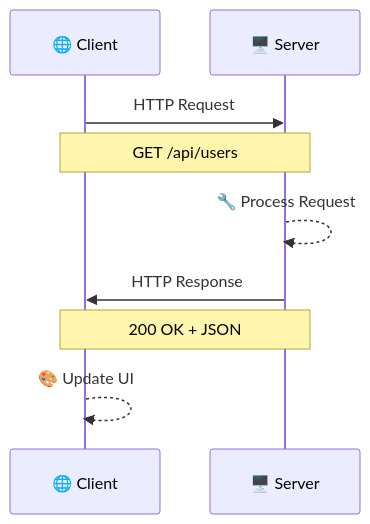
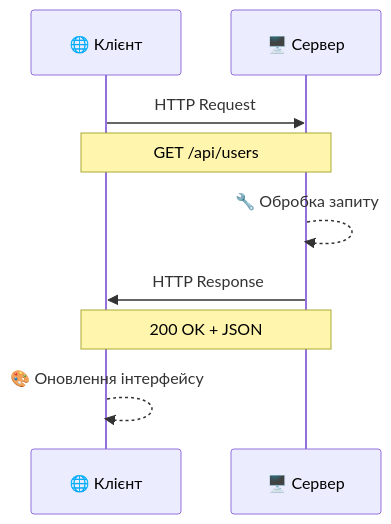
The fourth of 17 diagrams in presentations/presentation-01.md (olroi421/course-web), drawn with Mermaid before and after one commit. The commit also changed other lines of this file and 4 other files, not shown here.

````diff
--- a/presentations/presentation-01.md
+++ b/presentations/presentation-01.md
@@ -107,15 +120,15 @@
 ```mermaid
 sequenceDiagram
-    participant C as 🌐 Client
-    participant S as 🖥️ Server
+    participant C as 🌐 Клієнт
+    participant S as 🖥️ Сервер
 
     C->>S: HTTP Request
     Note over C,S: GET /api/users
 
-    S-->>S: 🔧 Process Request
+    S-->>S: 🔧 Обробка запиту
 
     S->>C: HTTP Response
     Note over C,S: 200 OK + JSON
 
-    C-->>C: 🎨 Update UI
+    C-->>C: 🎨 Оновлення інтерфейсу
 ```
````
